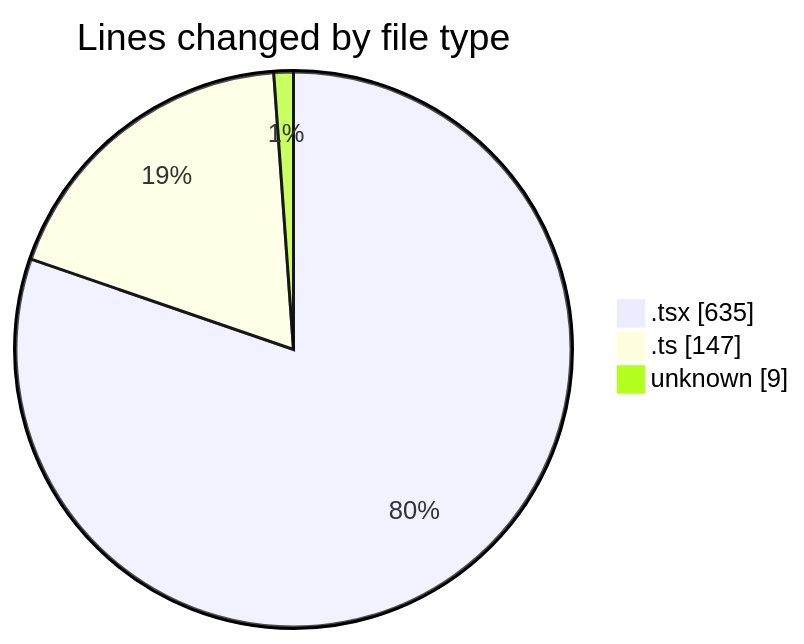
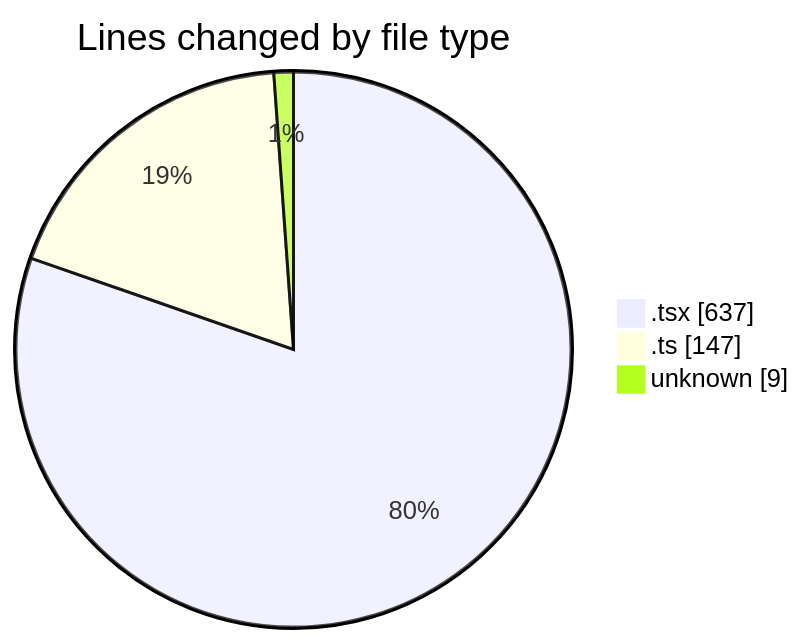
Before and after one commit to nxtqubesakshisongat/code-tracking: the first of 2 diagrams in 2026-04-13/airfeed-analytics-dashboard/README.md, drawn with Mermaid. The commit also changed other lines of this file and 1 other file, not shown here.

````diff
--- a/2026-04-13/airfeed-analytics-dashboard/README.md
+++ b/2026-04-13/airfeed-analytics-dashboard/README.md
@@ -25,7 +25,7 @@
 ```mermaid
 pie showData
 title Lines changed by file type
-".tsx" : 635
+".tsx" : 637
 ".ts" : 147
 "unknown" : 9
 ```
````
